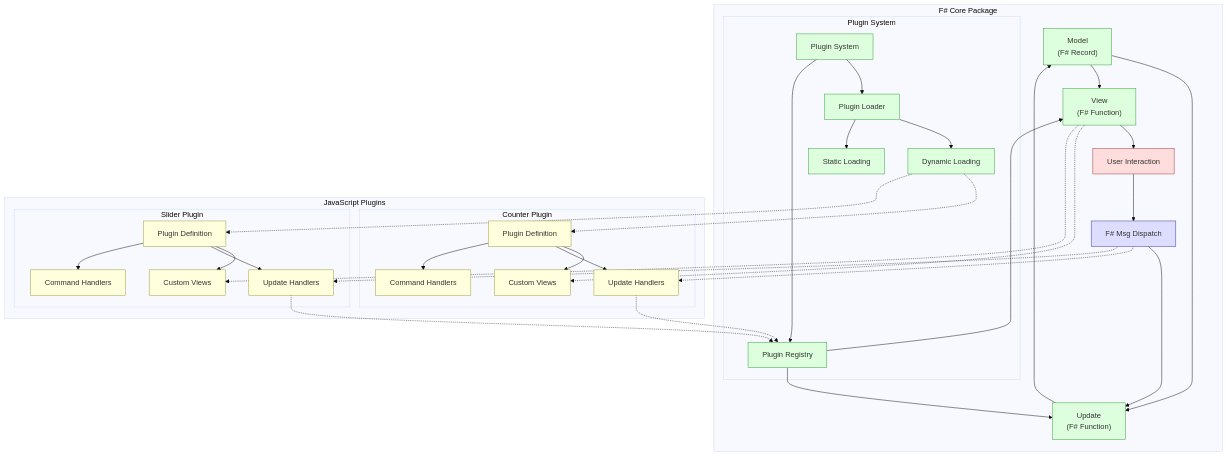
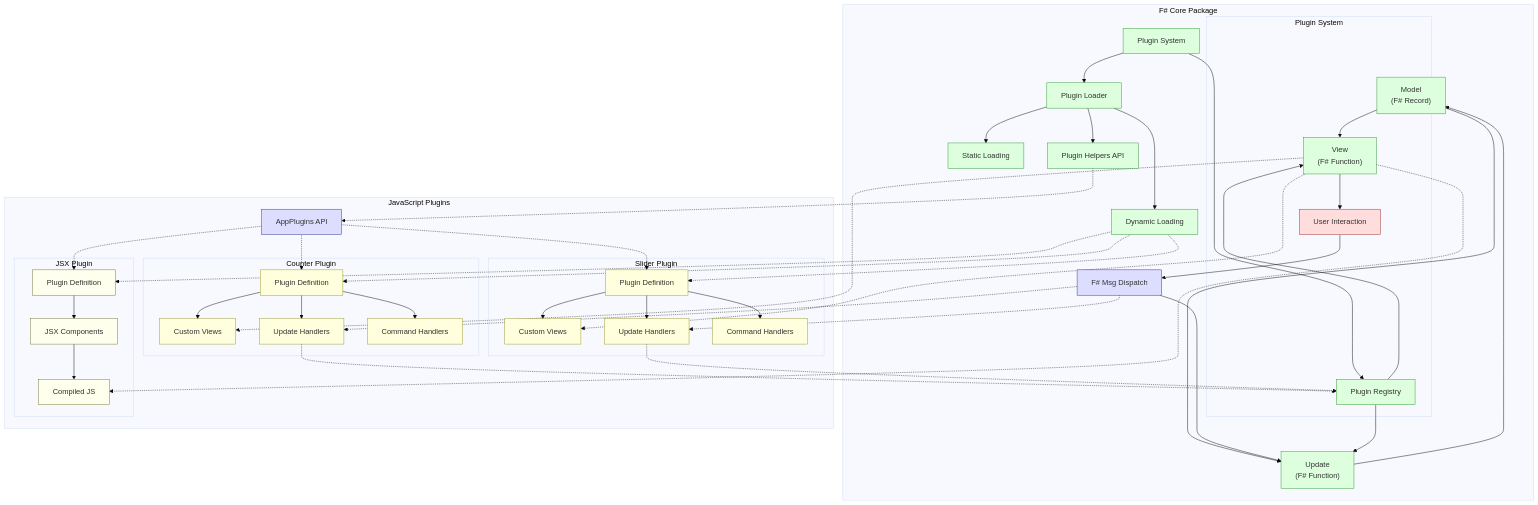
The diagram in README.md (akiramei/ElmishApp), drawn with Mermaid (base theme) before and after one commit. The commit also changed other lines of this file and 14 other files, not shown here.

````diff
--- a/README.md
+++ b/README.md
@@ -208,55 +268,72 @@
 ```mermaid
 flowchart TD
     subgraph "F# Core Package"
         Model["Model\n(F# Record)"] --> Update["Update\n(F# Function)"]
         Update --> Model
         Model --> View["View\n(F# Function)"]
         View --> UserInteraction["User Interaction"]
         UserInteraction --> Dispatch["F# Msg Dispatch"]
         Dispatch --> Update
         
         subgraph "Plugin System"
             PS["Plugin System"] --> PL["Plugin Loader"]
             PS --> PR["Plugin Registry"]
             PL --> DL["Dynamic Loading"]
             PL --> SL["Static Loading"]
+            PL --> PH["Plugin Helpers API"]
         end
         
         PR --> Update
         PR --> View
     end
     
     subgraph "JavaScript Plugins"
+        PA["AppPlugins API"]
+        
         subgraph "Counter Plugin"
             CPD["Plugin Definition"] --> CPV["Custom Views"]
             CPD --> CPU["Update Handlers"]
             CPD --> CPC["Command Handlers"]
         end
         
         subgraph "Slider Plugin"
             SPD["Plugin Definition"] --> SPV["Custom Views"]
             SPD --> SPU["Update Handlers"]
             SPD --> SPC["Command Handlers"]
         end
+        
+        subgraph "JSX Plugin"
+            JPD["Plugin Definition"] --> JPV["JSX Components"]
+            JPV --> JPC["Compiled JS"]
+        end
     end
     
+    PH -.-> PA
+    PA -.-> CPD
+    PA -.-> SPD
+    PA -.-> JPD
     DL -.-> CPD
     DL -.-> SPD
+    DL -.-> JPD
     View -.-> CPV
     View -.-> SPV
+    View -.-> JPC
     Dispatch -.-> CPU
     Dispatch -.-> SPU
     CPU -.-> PR
     SPU -.-> PR
     
     classDef core fill:#dfd,stroke:#393
     classDef plugin fill:#ddf,stroke:#339
     classDef jsPlugin fill:#ffd,stroke:#993
+    classDef jsxPlugin fill:#ffe,stroke:#773
     classDef interaction fill:#fdd,stroke:#933
     
-    class Model,Update,View,PS,PL,PR,DL,SL core
+    class Model,Update,View,PS,PL,PR,DL,SL,PH core
     class CPD,CPV,CPU,CPC jsPlugin
     class SPD,SPV,SPU,SPC jsPlugin
+    class JPD,JPV,JPC jsxPlugin
     class UserInteraction interaction
     class Dispatch plugin
+    class PA plugin
 ```
````
